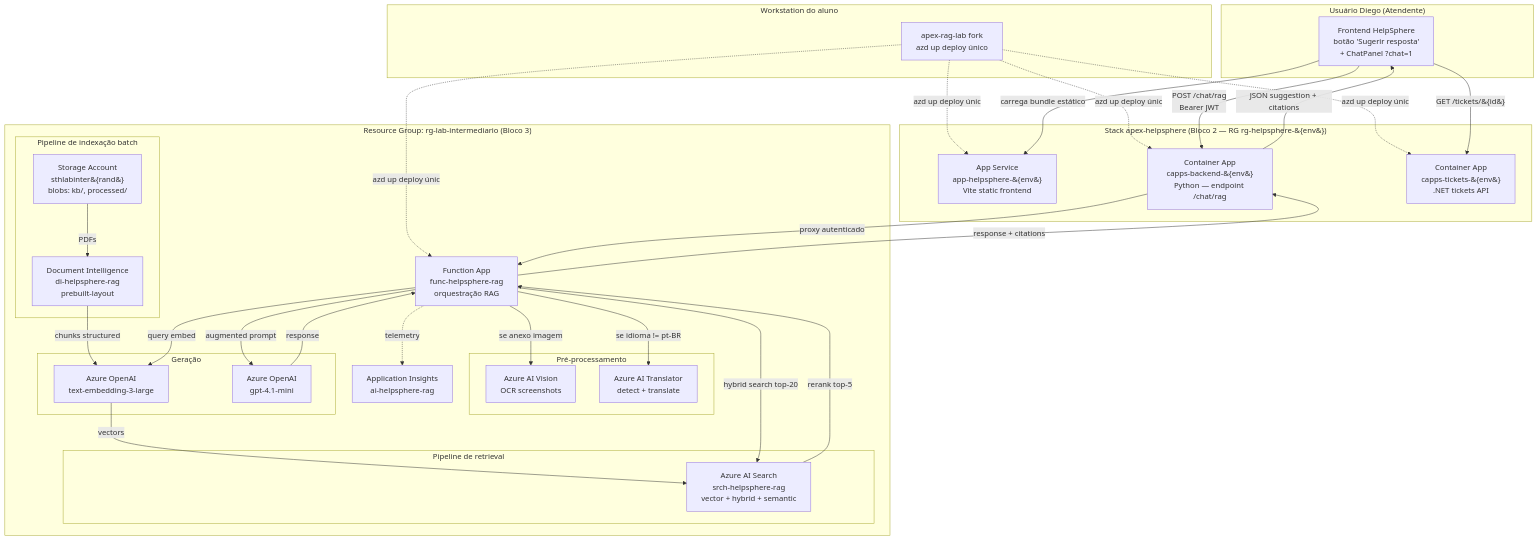
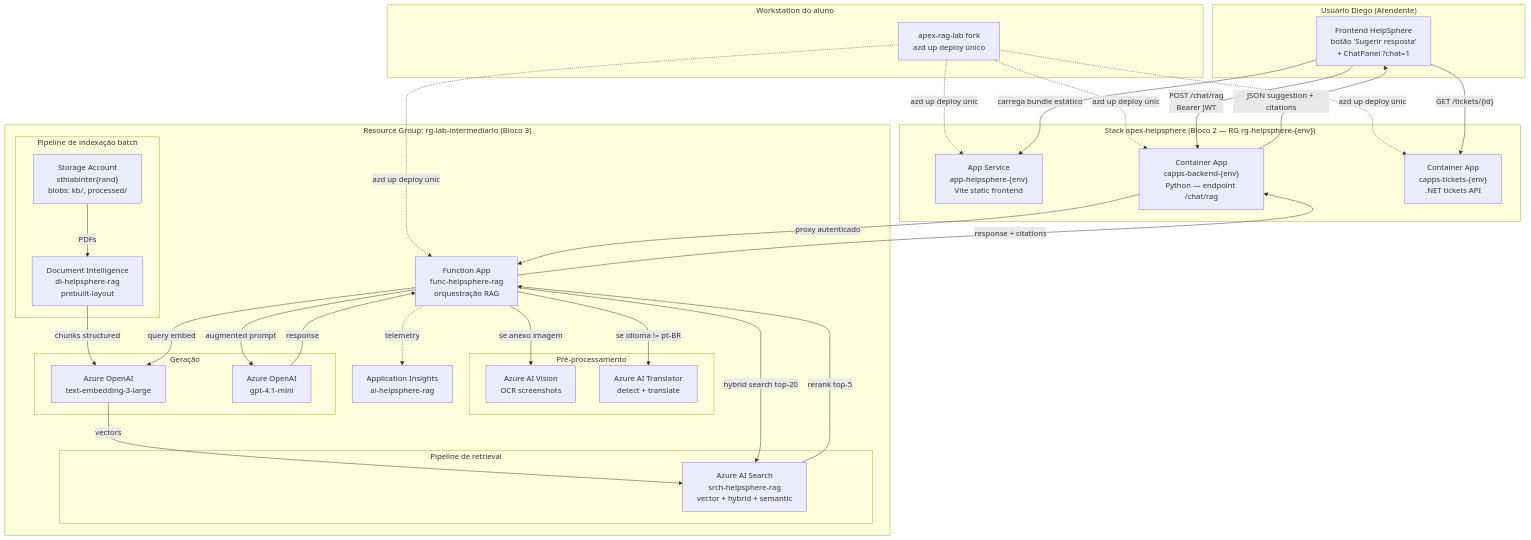
The diagram in docs/00-guia-completo.md (tftec-guilherme/apex-rag-lab), drawn with Mermaid before and after one commit.

Commit message:
refactor(rag-lab): mermaid quotes idiomatic em vez de HTML entities [Story 06.13]
Substitui HTML entities &#123;...&#125; por aspas duplas envolvendo o
label inteiro. Aspas e a forma idiomatica do mermaid para escapar
metacaracteres ({, }, etc.). Source fica mais legivel quando aluno abre
o .md no editor: ve "{rand}" literal em vez de "&#123;rand&#125;".

6 substituicoes (mesmo bloco mermaid linhas 132-199):
- STORAGE[...sthlabinter&#123;rand&#125;...] -> STORAGE["...sthlabinter{rand}..."]
- subgraph Helpsphere[...&#123;env&#125;...] -> [...&#123;env&#125; removido, ja tinha aspas]
- APP_FRONT/CAPP_BACK/CAPP_TICK[...&#123;env&#125;...] -> ["..."]
- Edge label |GET /tickets/&#123;id&#125;| -> |"GET /tickets/{id}"|

Render no GitHub continua funcionando + source fica mais limpo.

````diff
--- a/docs/00-guia-completo.md
+++ b/docs/00-guia-completo.md
@@ -132,68 +132,68 @@
 ```mermaid
 flowchart TB
     subgraph User["Usuário Diego (Atendente)"]
         BROWSER[Frontend HelpSphere<br/>botão 'Sugerir resposta'<br/>+ ChatPanel ?chat=1]
     end
 
     subgraph DEV["Workstation do aluno"]
         REPO[apex-rag-lab fork<br/>azd up deploy único]
     end
 
     subgraph RG["Resource Group: rg-lab-intermediario (Bloco 3)"]
         FUNC[Function App<br/>func-helpsphere-rag<br/>orquestração RAG]
 
         subgraph Inputs["Pré-processamento"]
             VISION[Azure AI Vision<br/>OCR screenshots]
             TRANS[Azure AI Translator<br/>detect + translate]
         end
 
         subgraph Indexing["Pipeline de indexação batch"]
-            STORAGE[Storage Account<br/>sthlabinter&#123;rand&#125;<br/>blobs: kb/, processed/]
+            STORAGE["Storage Account<br/>sthlabinter{rand}<br/>blobs: kb/, processed/"]
             DI[Document Intelligence<br/>di-helpsphere-rag<br/>prebuilt-layout]
         end
 
         subgraph Retrieval["Pipeline de retrieval"]
             SEARCH[Azure AI Search<br/>srch-helpsphere-rag<br/>vector + hybrid + semantic]
         end
 
         subgraph LLM["Geração"]
             EMBED[Azure OpenAI<br/>text-embedding-3-large]
             CHAT[Azure OpenAI<br/>gpt-4.1-mini]
         end
 
         AI_INSIGHTS[Application Insights<br/>ai-helpsphere-rag]
     end
 
-    subgraph Helpsphere["Stack apex-helpsphere (Bloco 2 — RG rg-helpsphere-&#123;env&#125;)"]
-        APP_FRONT[App Service<br/>app-helpsphere-&#123;env&#125;<br/>Vite static frontend]
-        CAPP_BACK[Container App<br/>capps-backend-&#123;env&#125;<br/>Python — endpoint /chat/rag]
-        CAPP_TICK[Container App<br/>capps-tickets-&#123;env&#125;<br/>.NET tickets API]
+    subgraph Helpsphere["Stack apex-helpsphere (Bloco 2 — RG rg-helpsphere-{env})"]
+        APP_FRONT["App Service<br/>app-helpsphere-{env}<br/>Vite static frontend"]
+        CAPP_BACK["Container App<br/>capps-backend-{env}<br/>Python — endpoint /chat/rag"]
+        CAPP_TICK["Container App<br/>capps-tickets-{env}<br/>.NET tickets API"]
     end
 
     REPO -.azd up deploy único.-> FUNC
     REPO -.azd up deploy único.-> APP_FRONT
     REPO -.azd up deploy único.-> CAPP_BACK
     REPO -.azd up deploy único.-> CAPP_TICK
 
     BROWSER -->|carrega bundle estático| APP_FRONT
     BROWSER -->|POST /chat/rag<br/>Bearer JWT| CAPP_BACK
-    BROWSER -->|GET /tickets/&#123;id&#125;| CAPP_TICK
+    BROWSER -->|"GET /tickets/{id}"| CAPP_TICK
     CAPP_BACK -->|proxy autenticado| FUNC
 
     FUNC -->|se anexo imagem| VISION
     FUNC -->|se idioma != pt-BR| TRANS
 
     STORAGE -->|PDFs| DI
     DI -->|chunks structured| EMBED
     EMBED -->|vectors| SEARCH
 
     FUNC -->|query embed| EMBED
     FUNC -->|hybrid search top-20| SEARCH
     SEARCH -->|rerank top-5| FUNC
     FUNC -->|augmented prompt| CHAT
     CHAT -->|response| FUNC
     FUNC -->|response + citations| CAPP_BACK
     CAPP_BACK -->|JSON suggestion + citations| BROWSER
 
     FUNC -.telemetry.-> AI_INSIGHTS
 ```
````
